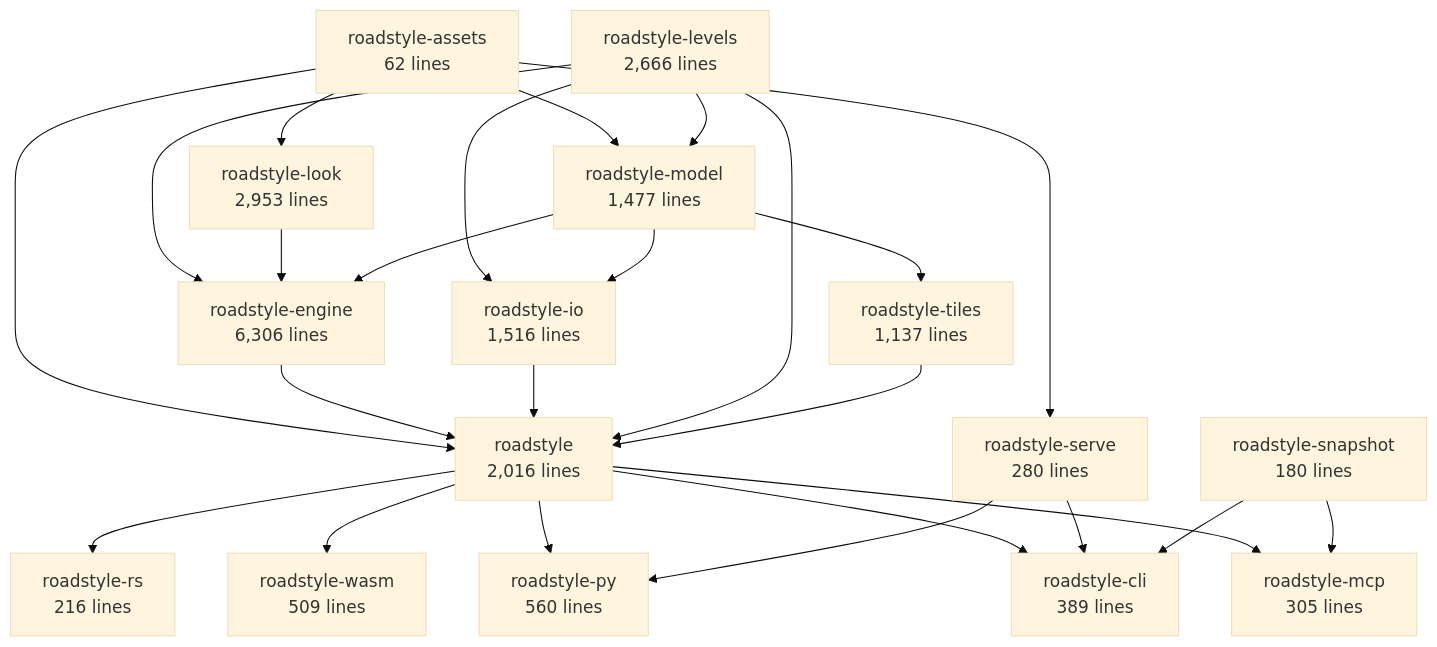
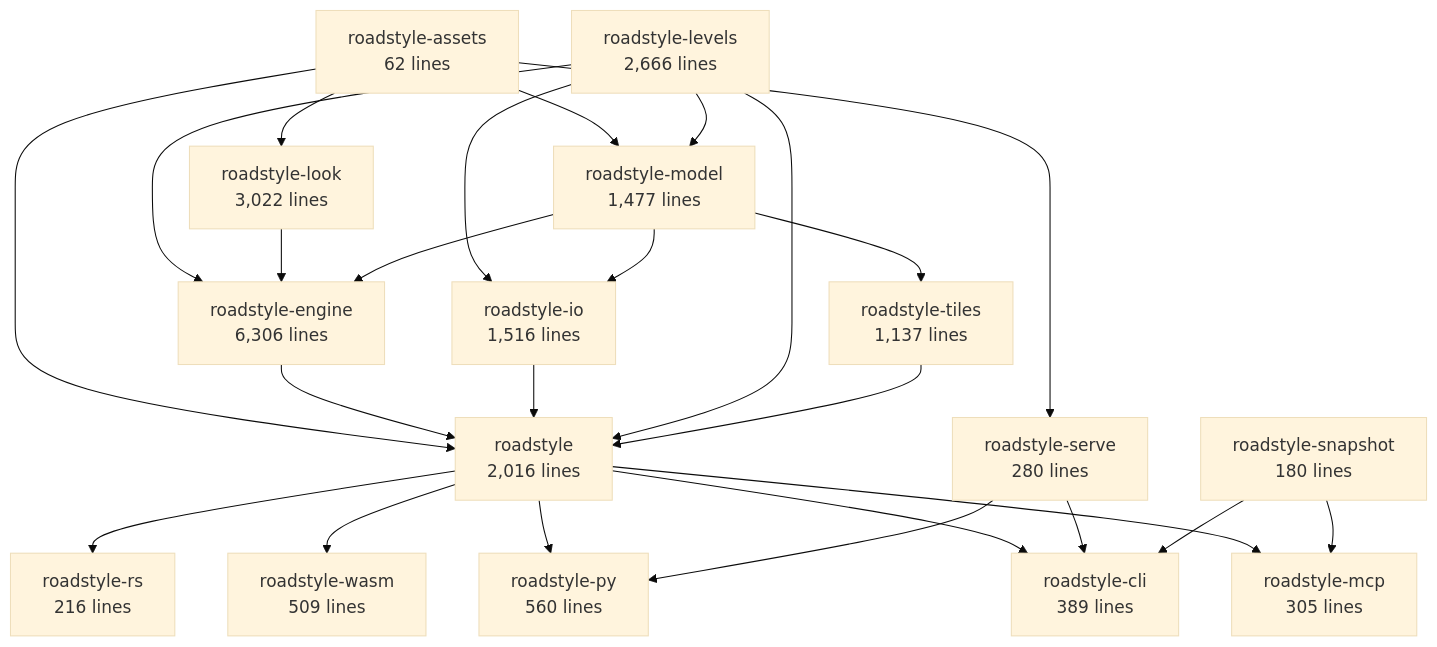
The second of 6 diagrams in docs/rust/architecture.md (Khoshkhah/roadstyle), drawn with Mermaid (base theme) before and after one commit. The commit also changed other lines of this file and 9 other files, not shown here.

First line of the commit message:
roadstyle-look: no API key in a look; schemars behind "schema"; no serde flatten

````diff
--- a/docs/rust/architecture.md
+++ b/docs/rust/architecture.md
@@ -70,42 +70,42 @@
 ```mermaid
 flowchart TB
     roadstyle_assets["roadstyle-assets<br/>62 lines"]
     roadstyle_model["roadstyle-model<br/>1,477 lines"]
-    roadstyle_look["roadstyle-look<br/>2,953 lines"]
+    roadstyle_look["roadstyle-look<br/>3,022 lines"]
     roadstyle_io["roadstyle-io<br/>1,516 lines"]
     roadstyle_levels["roadstyle-levels<br/>2,666 lines"]
     roadstyle_engine["roadstyle-engine<br/>6,306 lines"]
     roadstyle_tiles["roadstyle-tiles<br/>1,137 lines"]
     roadstyle["roadstyle<br/>2,016 lines"]
     roadstyle_rs["roadstyle-rs<br/>216 lines"]
     roadstyle_wasm["roadstyle-wasm<br/>509 lines"]
     roadstyle_py["roadstyle-py<br/>560 lines"]
     roadstyle_cli["roadstyle-cli<br/>389 lines"]
     roadstyle_mcp["roadstyle-mcp<br/>305 lines"]
     roadstyle_serve["roadstyle-serve<br/>280 lines"]
     roadstyle_snapshot["roadstyle-snapshot<br/>180 lines"]
     roadstyle_assets --> roadstyle_model
     roadstyle_levels --> roadstyle_model
     roadstyle_assets --> roadstyle_look
     roadstyle_levels --> roadstyle_io
     roadstyle_model --> roadstyle_io
     roadstyle_levels --> roadstyle_engine
     roadstyle_look --> roadstyle_engine
     roadstyle_model --> roadstyle_engine
     roadstyle_model --> roadstyle_tiles
     roadstyle_assets --> roadstyle
     roadstyle_engine --> roadstyle
     roadstyle_io --> roadstyle
     roadstyle_levels --> roadstyle
     roadstyle_tiles --> roadstyle
     roadstyle --> roadstyle_rs
     roadstyle --> roadstyle_wasm
     roadstyle --> roadstyle_py
     roadstyle_serve --> roadstyle_py
     roadstyle --> roadstyle_cli
     roadstyle_serve --> roadstyle_cli
     roadstyle_snapshot --> roadstyle_cli
     roadstyle --> roadstyle_mcp
     roadstyle_snapshot --> roadstyle_mcp
     roadstyle_assets --> roadstyle_serve
 ```
````
